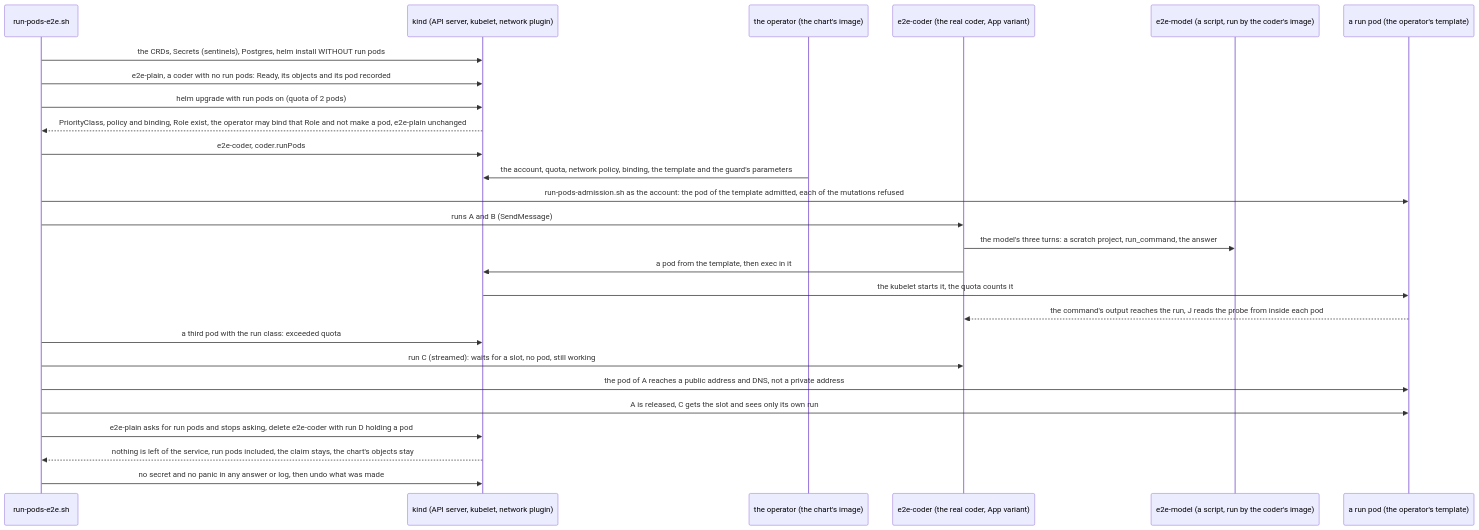
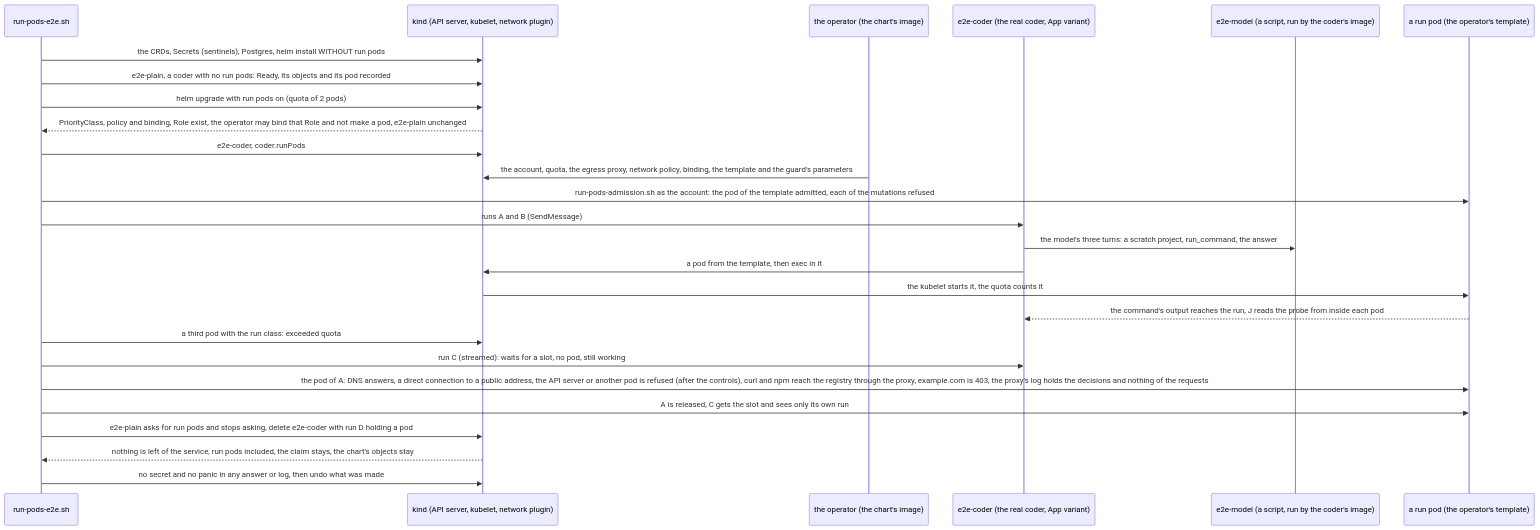
The seventh of 8 diagrams in deploy/operator/tests/e2e/README.md (vymalo/another-agentic-platform), drawn with Mermaid before and after one commit. The commit also changed other lines of this file and 53 other files, not shown here.

First line of the commit message:
feat(operator): the egress proxy of run pods, and their network deny by default (D15c) (#42)

````diff
--- a/deploy/operator/tests/e2e/README.md
+++ b/deploy/operator/tests/e2e/README.md
@@ -404,29 +403,29 @@
 ```mermaid
 sequenceDiagram
     participant J as run-pods-e2e.sh
     participant K as kind (API server, kubelet, network plugin)
     participant O as the operator (the chart's image)
     participant C as e2e-coder (the real coder, App variant)
     participant M as e2e-model (a script, run by the coder's image)
     participant R as a run pod (the operator's template)
 
     J->>K: the CRDs, Secrets (sentinels), Postgres, helm install WITHOUT run pods
     J->>K: e2e-plain, a coder with no run pods: Ready, its objects and its pod recorded
     J->>K: helm upgrade with run pods on (quota of 2 pods)
     K-->>J: PriorityClass, policy and binding, Role exist, the operator may bind that Role and not make a pod, e2e-plain unchanged
     J->>K: e2e-coder, coder.runPods
-    O->>K: the account, quota, network policy, binding, the template and the guard's parameters
+    O->>K: the account, quota, the egress proxy, network policy, binding, the template and the guard's parameters
     J->>R: run-pods-admission.sh as the account: the pod of the template admitted, each of the mutations refused
     J->>C: runs A and B (SendMessage)
     C->>M: the model's three turns: a scratch project, run_command, the answer
     C->>K: a pod from the template, then exec in it
     K->>R: the kubelet starts it, the quota counts it
     R-->>C: the command's output reaches the run, J reads the probe from inside each pod
     J->>K: a third pod with the run class: exceeded quota
     J->>C: run C (streamed): waits for a slot, no pod, still working
-    J->>R: the pod of A reaches a public address and DNS, not a private address
+    J->>R: the pod of A: DNS answers, a direct connection to a public address, the API server or another pod is refused (after the controls), curl and npm reach the registry through the proxy, example.com is 403, the proxy's log holds the decisions and nothing of the requests
     J->>R: A is released, C gets the slot and sees only its own run
     J->>K: e2e-plain asks for run pods and stops asking, delete e2e-coder with run D holding a pod
     K-->>J: nothing is left of the service, run pods included, the claim stays, the chart's objects stay
     J->>K: no secret and no panic in any answer or log, then undo what was made
 ```
````
